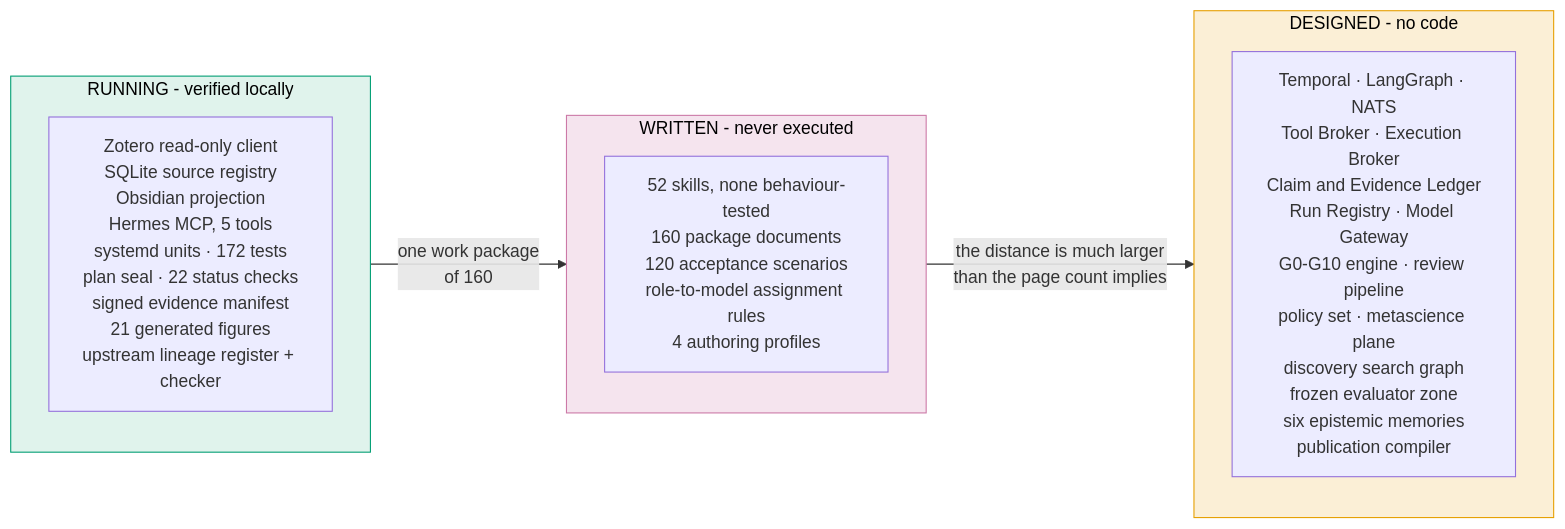
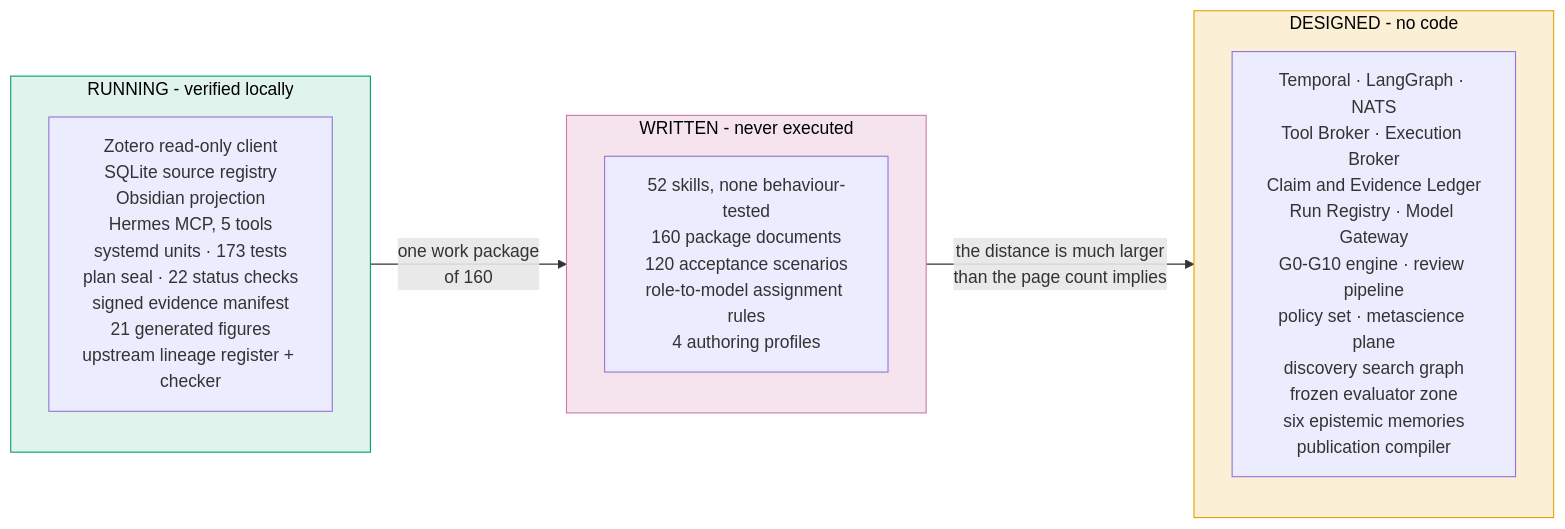
Before and after one commit to furkanhanilci/AETHRION: diagram 15 of 17 in README.md, drawn with Mermaid. The commit also changed other lines of this file and 40 other files, not shown here.

````diff
--- a/README.md
+++ b/README.md
@@ -1108,17 +1115,17 @@
 ```mermaid
 flowchart LR
     subgraph WORKING["RUNNING - verified locally"]
-        W["Zotero read-only client<br/>SQLite source registry<br/>Obsidian projection<br/>Hermes MCP, 5 tools<br/>systemd units · 172 tests<br/>plan seal · 22 status checks<br/>signed evidence manifest<br/>21 generated figures<br/>upstream lineage register + checker"]
+        W["Zotero read-only client<br/>SQLite source registry<br/>Obsidian projection<br/>Hermes MCP, 5 tools<br/>systemd units · 173 tests<br/>plan seal · 22 status checks<br/>signed evidence manifest<br/>21 generated figures<br/>upstream lineage register + checker"]
     end
     subgraph WRITTEN["WRITTEN - never executed"]
         S["52 skills, none behaviour-tested<br/>160 package documents<br/>120 acceptance scenarios<br/>role-to-model assignment rules<br/>4 authoring profiles"]
     end
     subgraph DESIGNED["DESIGNED - no code"]
         D["Temporal · LangGraph · NATS<br/>Tool Broker · Execution Broker<br/>Claim and Evidence Ledger<br/>Run Registry · Model Gateway<br/>G0-G10 engine · review pipeline<br/>policy set · metascience plane<br/>discovery search graph<br/>frozen evaluator zone<br/>six epistemic memories<br/>publication compiler"]
     end
     WORKING -->|"one work package<br/>of 160"| WRITTEN
     WRITTEN -->|"the distance is much larger<br/>than the page count implies"| DESIGNED
     style WORKING fill:#E0F3EC,stroke:#009E73,color:#000
     style WRITTEN fill:#F5E4EE,stroke:#CC79A7,color:#000
     style DESIGNED fill:#FBEFD6,stroke:#E69F00,color:#000
 ```
````
